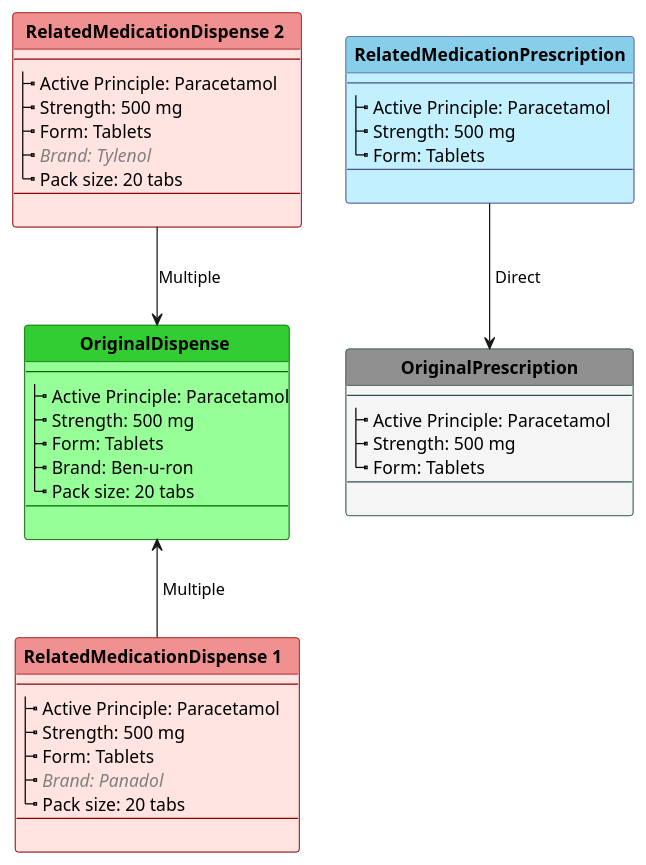
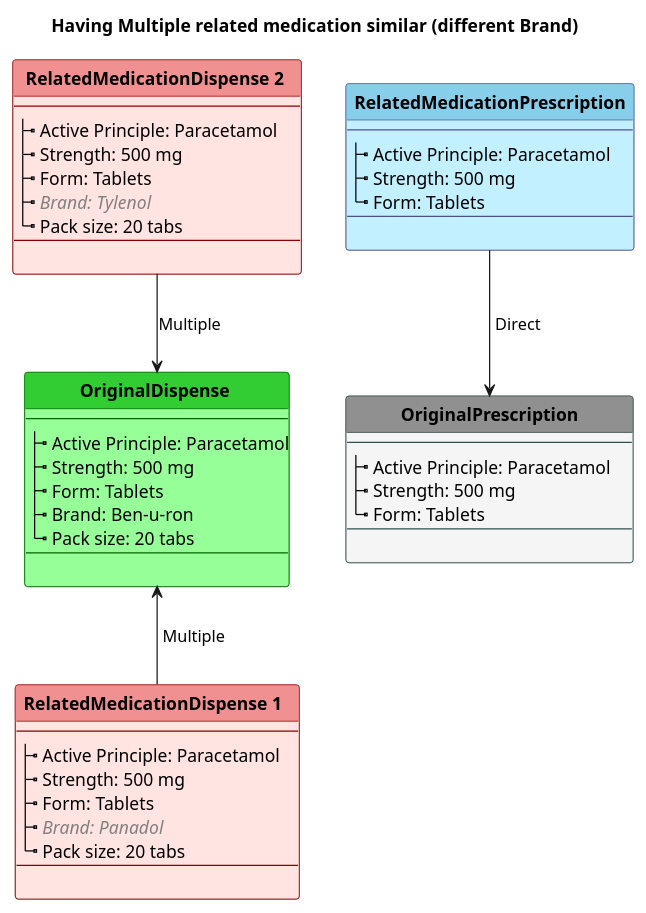
The diagram in input/images-source/usecase1-alternative2.plantuml (joofio/idmed), drawn with PlantUML before and after one commit. The commit also changed 2 other files, not shown here.

```diff
--- a/input/images-source/usecase1-alternative2.plantuml
+++ b/input/images-source/usecase1-alternative2.plantuml
@@ -1,100 +1,102 @@
 @startuml
+title Having Multiple related medication similar (different Brand)
+
 hide stereotype
 hide circle
 skinparam linetype polyline
 skinparam shadowing false
 
 
 '!pragma graphviz_dot smetana
 
 skinparam class<<S>> {
  BorderColor DarkSlateGray
  BackgroundColor WhiteSmoke
  HeaderBackgroundColor #909090
 }
 
 skinparam class<<PhP>> {
  BorderColor #505090
  BackgroundColor APPLICATION
  HeaderBackgroundColor SkyBlue
 }
 
 
 
 skinparam class<<MP>> {
  BorderColor DarkGreen
  BackgroundColor PHYSICAL
  HeaderBackgroundColor LimeGreen
 }
 
 
 skinparam class<<PMP>> {
  BorderColor DarkRed
  BackgroundColor MistyRose
  HeaderBackgroundColor #f09090
 }
 
 
 
 
 
     class "**OriginalPrescription**" as S<<S>> {
       --
       |_ Active Principle: Paracetamol     
       |_ Strength: 500 mg    
       |_ Form: Tablets
       --
         
     }
 
     class " **RelatedMedicationPrescription** " as PhP<<PhP>> {
       --
       |_ Active Principle: Paracetamol
       |_ Strength: 500 mg    
       |_ Form: Tablets
       --
       
     }
 
     class " **OriginalDispense ** " as MP<<MP>>{
       --
       |_ Active Principle: Paracetamol
       |_ Strength: 500 mg    
       |_ Form: Tablets
       |_ Brand: Ben-u-ron
       |_ Pack size: 20 tabs
       --
       
     }
 
     class " **RelatedMedicationDispense 1 **  " as PMP<<PMP>>{
       --
       |_ Active Principle: Paracetamol
       |_ Strength: 500 mg    
       |_ Form: Tablets
       |_ <color:gray>//Brand: Panadol//
       |_ Pack size: 20 tabs
       --
      
     }
 
     class " ** RelatedMedicationDispense 2 **  " as PMP1<<PMP>>{
       --
       |_ Active Principle: Paracetamol
       |_ Strength: 500 mg    
       |_ Form: Tablets
       |_ <color:gray>//Brand: Tylenol//
       |_ Pack size: 20 tabs
       --
       
 }
 
 
   S <-u- PhP: " Direct"
   
   MP <-u- PMP1: "Multiple"
   MP <-d- PMP: " Multiple"
 
 
 
 @enduml
```
